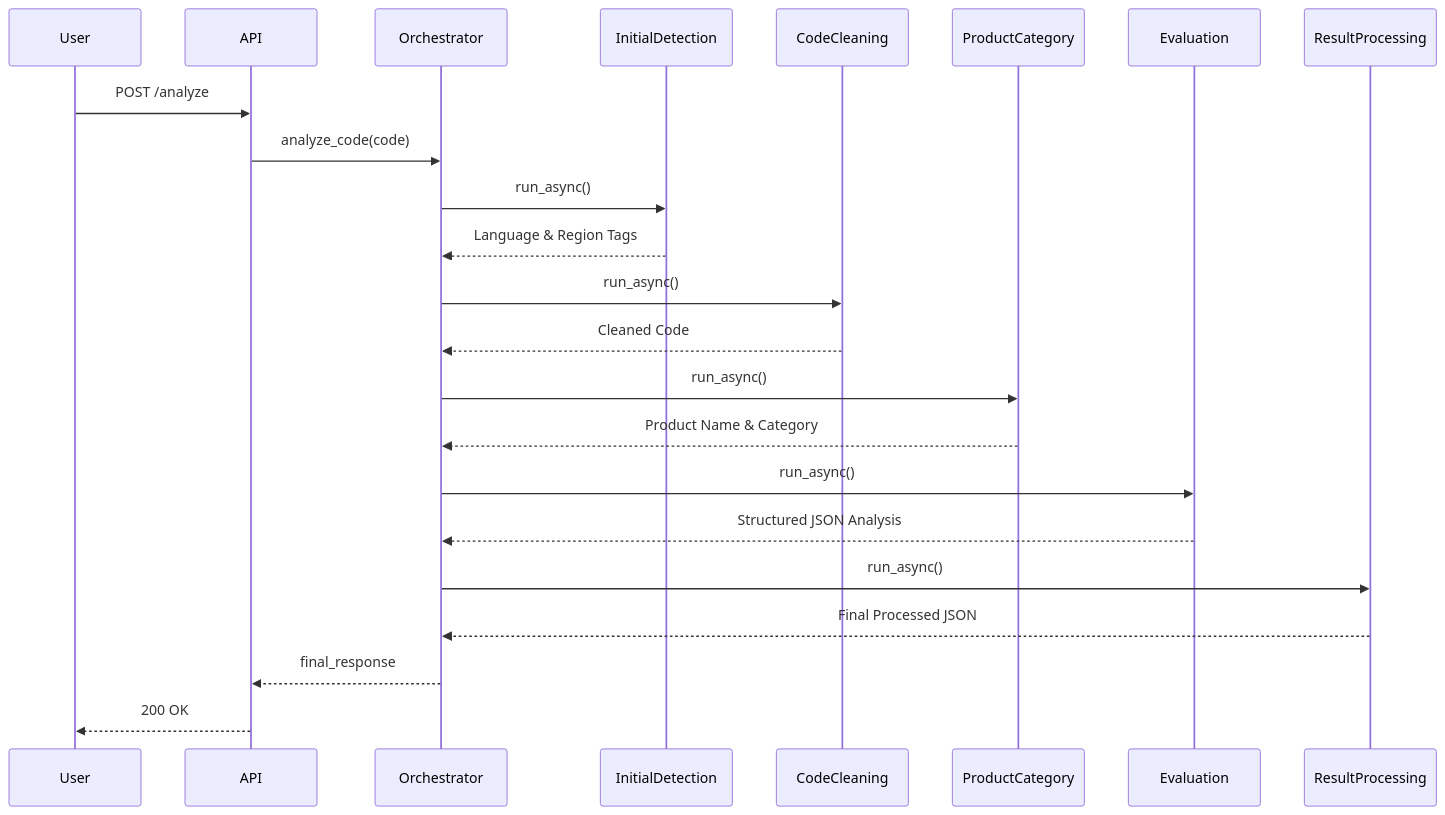
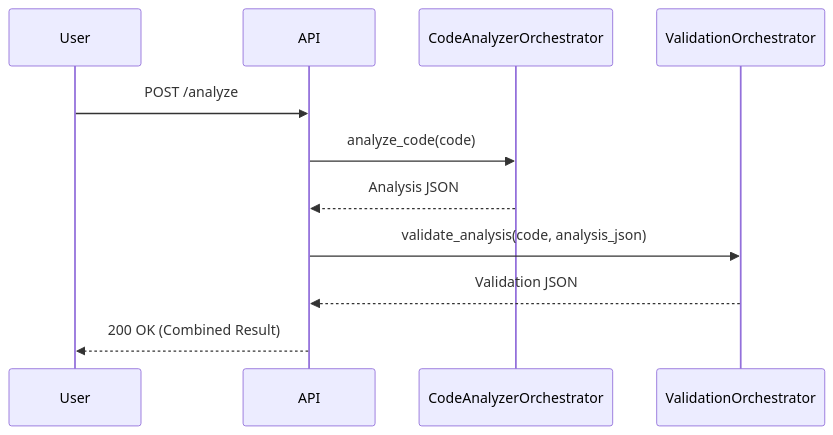
The second of 2 diagrams in docs/TECHNICAL_DESIGN.md (joeshirey/HealthScoringAgent), drawn with Mermaid before and after one commit. The commit also changed other lines of this file and 5 other files, not shown here.

````diff
--- a/docs/TECHNICAL_DESIGN.md
+++ b/docs/TECHNICAL_DESIGN.md
@@ -50,26 +67,18 @@
 ```mermaid
 sequenceDiagram
     participant User
     participant API
-    participant Orchestrator
-    participant InitialDetection
-    participant CodeCleaning
-    participant ProductCategory
-    participant Evaluation
-    participant ResultProcessing
+    participant User
+    participant API
+    participant CodeAnalyzerOrchestrator
+    participant ValidationOrchestrator
 
     User->>API: POST /analyze
-    API->>Orchestrator: analyze_code(code)
-    Orchestrator->>InitialDetection: run_async()
-    InitialDetection-->>Orchestrator: Language & Region Tags
-    Orchestrator->>CodeCleaning: run_async()
-    CodeCleaning-->>Orchestrator: Cleaned Code
-    Orchestrator->>ProductCategory: run_async()
-    ProductCategory-->>Orchestrator: Product Name & Category
-    Orchestrator->>Evaluation: run_async()
-    Evaluation-->>Orchestrator: Structured JSON Analysis
-    Orchestrator->>ResultProcessing: run_async()
-    ResultProcessing-->>Orchestrator: Final Processed JSON
-    Orchestrator-->>API: final_response
-    API-->>User: 200 OK
+    API->>CodeAnalyzerOrchestrator: analyze_code(code)
+    CodeAnalyzerOrchestrator-->>API: Analysis JSON
+
+    API->>ValidationOrchestrator: validate_analysis(code, analysis_json)
+    ValidationOrchestrator-->>API: Validation JSON
+
+    API-->>User: 200 OK (Combined Result)
 ```
````
